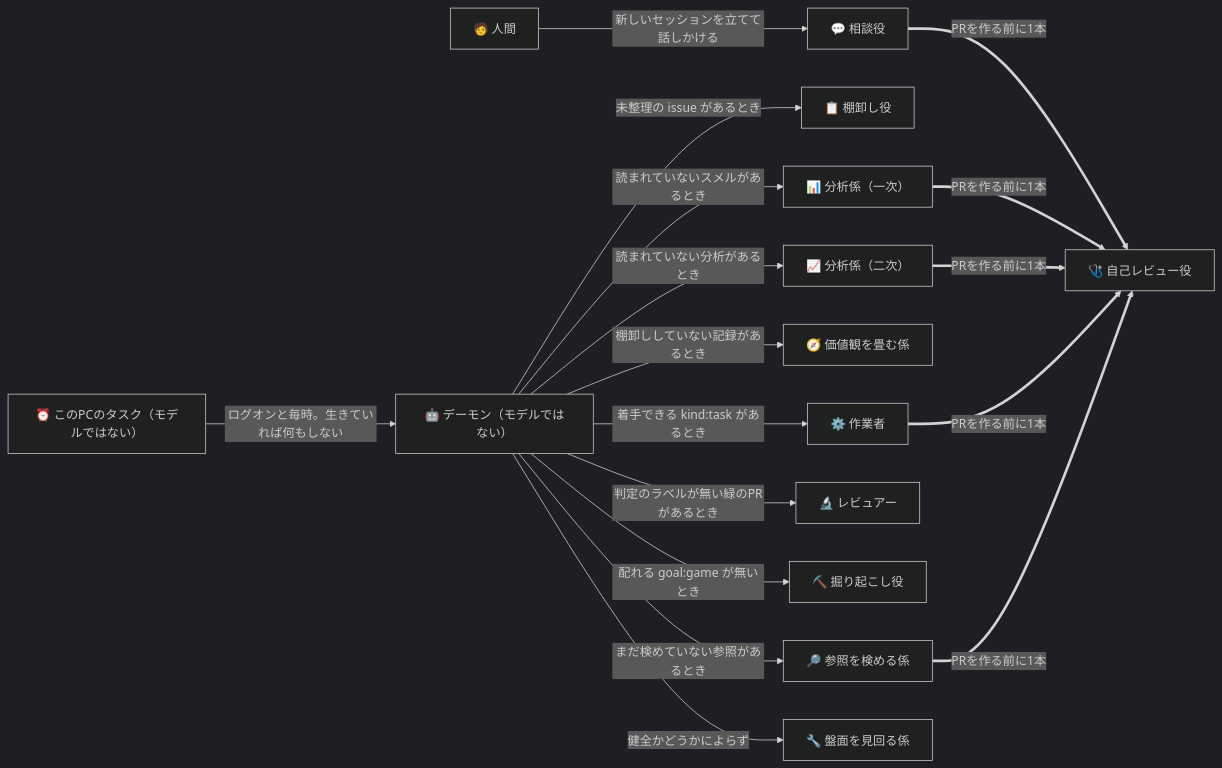
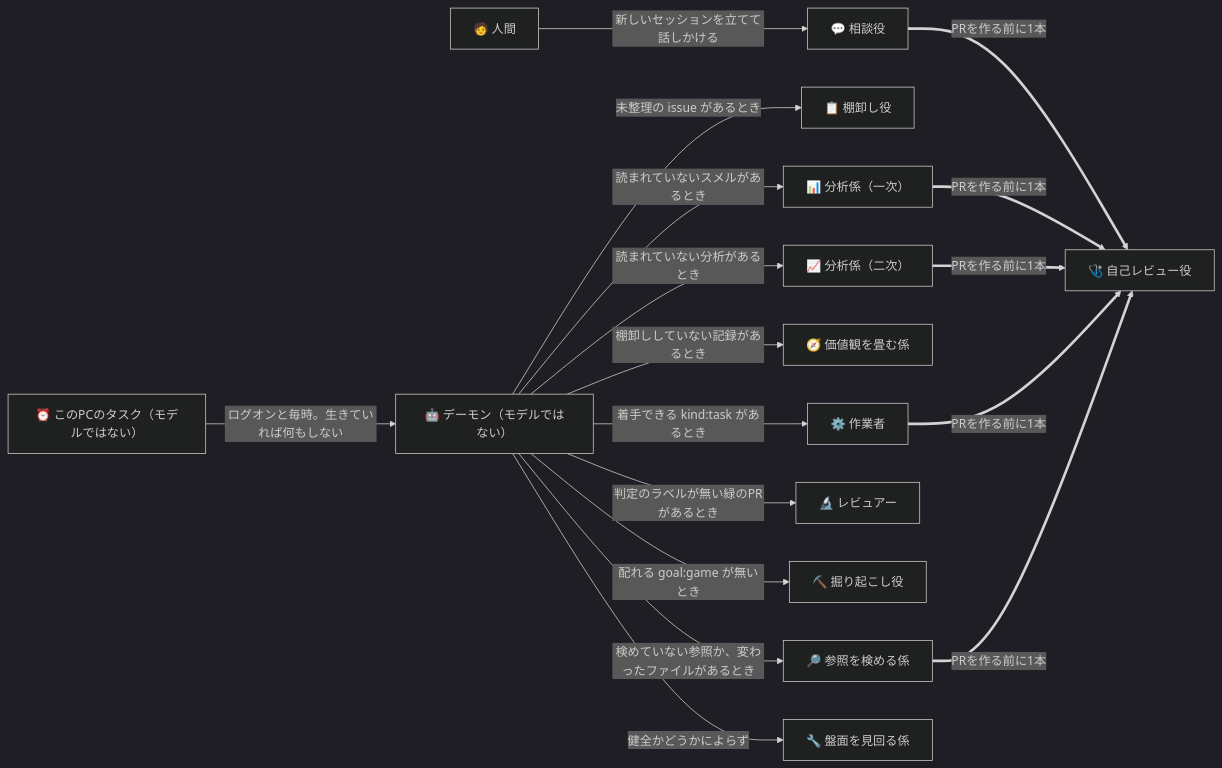
Before and after one commit to gooyyu1/UnmappedIsland: the first of 5 diagrams in docs/ParallelAgents.md, drawn with Mermaid (dark theme). The commit also changed other lines of this file and 11 other files, not shown here.

````diff
--- a/docs/ParallelAgents.md
+++ b/docs/ParallelAgents.md
@@ -29,34 +29,34 @@
 ```mermaid
 flowchart LR
     Human["🧑 人間"]
     Task["⏰ このPCのタスク（モデルではない）"]
     Daemon["🤖 デーモン（モデルではない）"]
     Adviser["💬 相談役"]
     Triage["📋 棚卸し役"]
     Analysis["📊 分析係（一次）"]
     Trend["📈 分析係（二次）"]
     Policy["🧭 価値観を畳む係"]
     Reviewer["🔬 レビュアー"]
     Worker["⚙️ 作業者"]
     SelfReview["🩺 自己レビュー役"]
     Digger["⛏️ 掘り起こし役"]
     RefAudit["🔎 参照を検める係"]
     Patrol["🔧 盤面を見回る係"]
 
     Human -->|"新しいセッションを立てて話しかける"| Adviser
     Task -->|"ログオンと毎時。生きていれば何もしない"| Daemon
     Daemon -->|"未整理の issue があるとき"| Triage
     Daemon -->|"読まれていないスメルがあるとき"| Analysis
     Daemon -->|"読まれていない分析があるとき"| Trend
     Daemon -->|"棚卸ししていない記録があるとき"| Policy
     Daemon -->|"着手できる kind:task があるとき"| Worker
     Daemon -->|"判定のラベルが無い緑のPRがあるとき"| Reviewer
     Daemon -->|"配れる goal:game が無いとき"| Digger
-    Daemon -->|"まだ検めていない参照があるとき"| RefAudit
+    Daemon -->|"検めていない参照か、変わったファイルがあるとき"| RefAudit
     Daemon -->|"健全かどうかによらず"| Patrol
     Worker ==>|"PRを作る前に1本"| SelfReview
     Analysis ==>|"PRを作る前に1本"| SelfReview
     Trend ==>|"PRを作る前に1本"| SelfReview
     RefAudit ==>|"PRを作る前に1本"| SelfReview
     Adviser ==>|"PRを作る前に1本"| SelfReview
 ```
````
